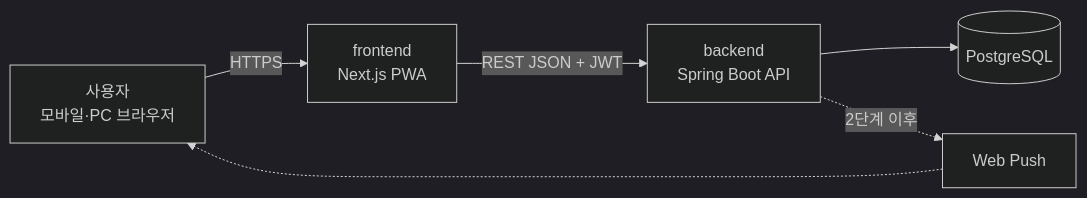
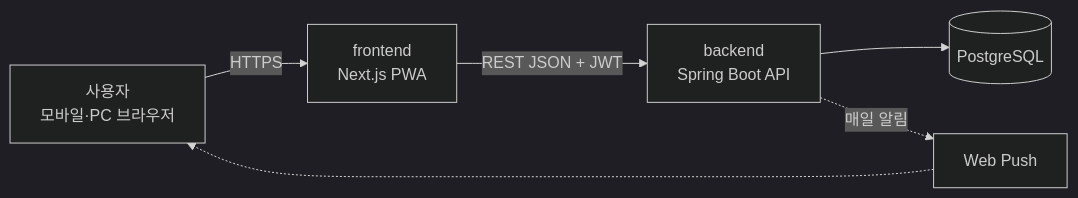
Before and after one commit to hamon1/pet-room: the diagram in README.md, drawn with Mermaid (dark theme). The commit also changed other lines of this file and 9 other files, not shown here.

````diff
--- a/README.md
+++ b/README.md
@@ -23,8 +23,8 @@
 ```mermaid
 flowchart LR
   U[사용자<br/>모바일·PC 브라우저] -->|HTTPS| FE[frontend<br/>Next.js PWA]
   FE -->|REST JSON + JWT| BE[backend<br/>Spring Boot API]
   BE --> DB[(PostgreSQL)]
-  BE -.->|2단계 이후| PUSH[Web Push]
+  BE -.->|매일 알림| PUSH[Web Push]
   PUSH -.-> U
 ```
````
